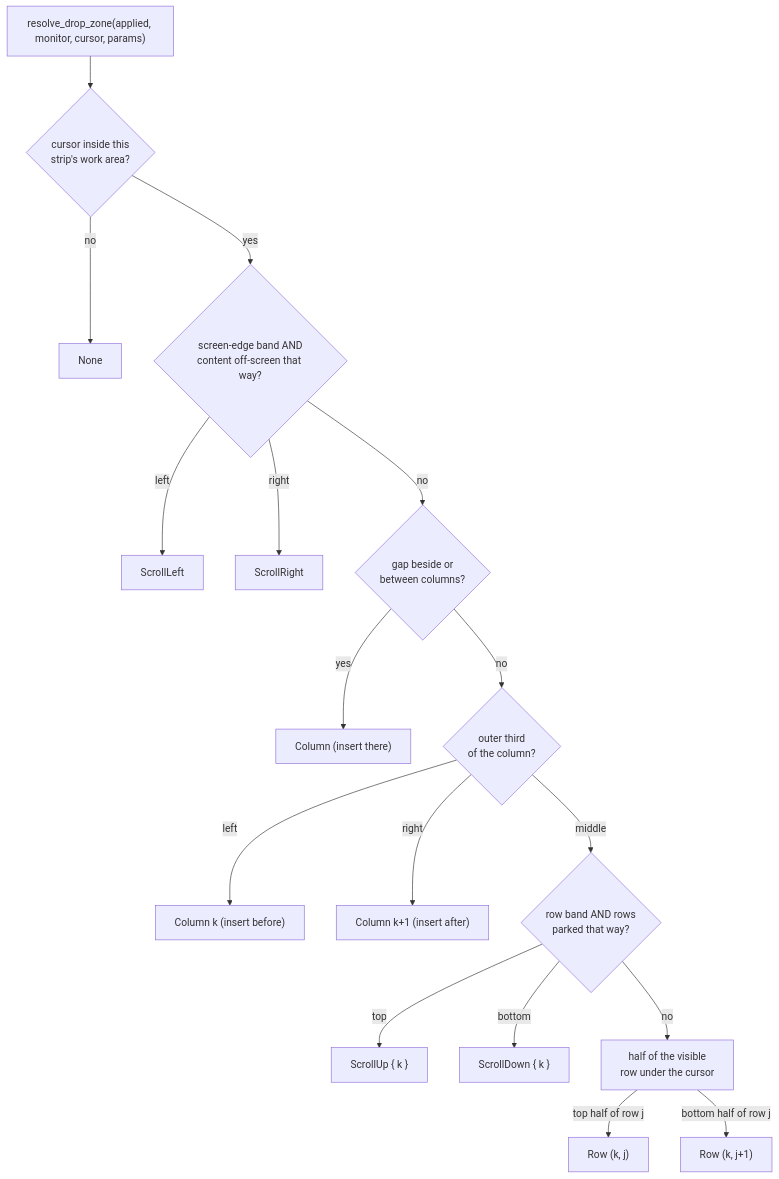
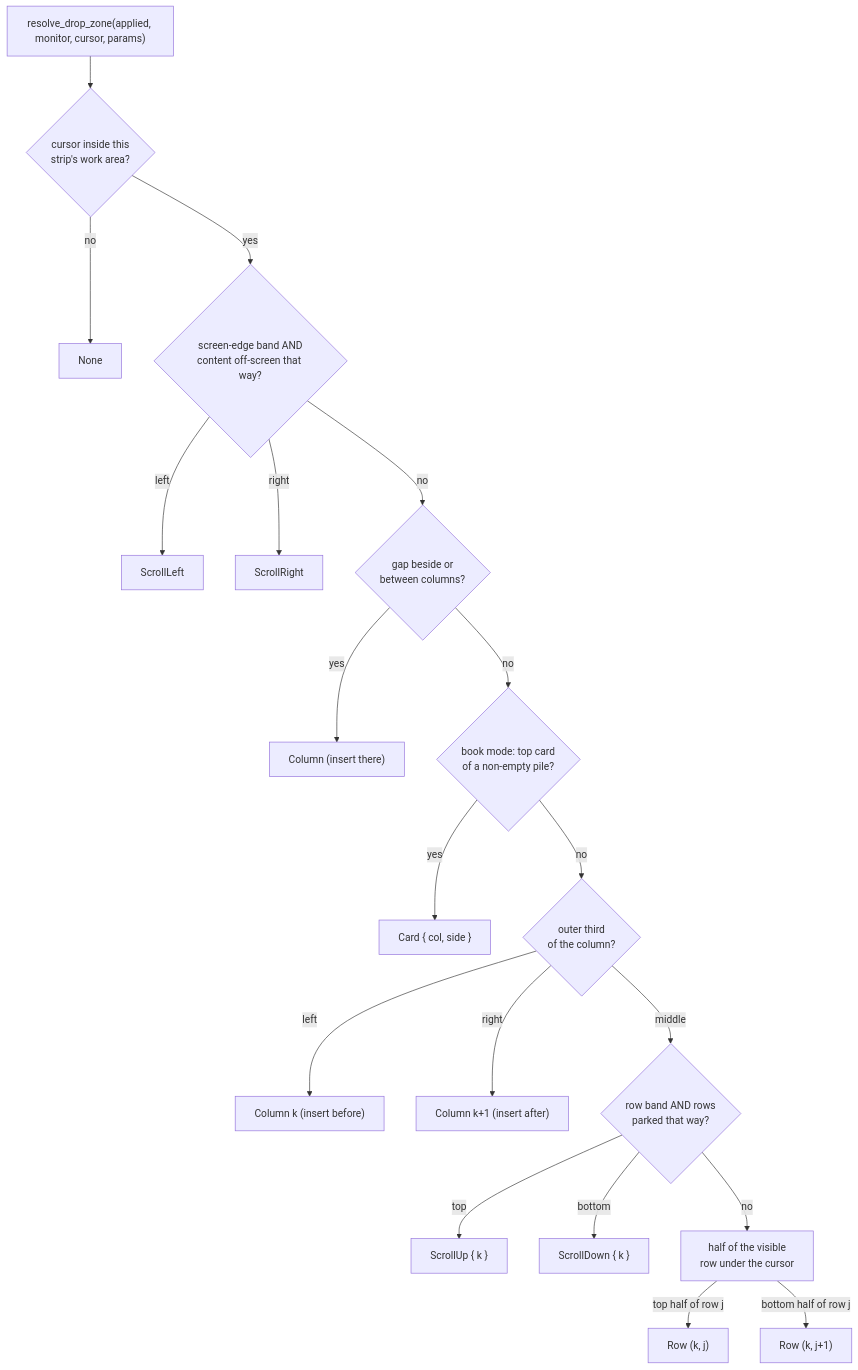
Before and after one commit to darth-feir/flow-wm-multi-monitor: the third of 3 diagrams in docs/src/dev-guide/tile-drag.md, drawn with Mermaid. The commit also changed other lines of this file and 33 other files, not shown here.

First line of the commit message:
docs: move the fork to github.com/darth-feir/flow-wm and audit every guide page against the code

````diff
--- a/docs/src/dev-guide/tile-drag.md
+++ b/docs/src/dev-guide/tile-drag.md
@@ -180,20 +204,22 @@
 ```mermaid
 flowchart TB
     Start["resolve_drop_zone(applied, monitor, cursor, params)"]
     Start --> WA{"cursor inside this<br/>strip's work area?"}
     WA -- no --> None[None]
     WA -- yes --> Edge{"screen-edge band AND<br/>content off-screen that way?"}
     Edge -- left --> SL[ScrollLeft]
     Edge -- right --> SR[ScrollRight]
     Edge -- no --> Gap{"gap beside or<br/>between columns?"}
     Gap -- yes --> CG["Column (insert there)"]
-    Gap -- no --> Band{"outer third<br/>of the column?"}
+    Gap -- no --> Card{"book mode: top card<br/>of a non-empty pile?"}
+    Card -- yes --> CC["Card { col, side }"]
+    Card -- no --> Band{"outer third<br/>of the column?"}
     Band -- left --> CL["Column k (insert before)"]
     Band -- right --> CR["Column k+1 (insert after)"]
     Band -- middle --> RB{"row band AND rows<br/>parked that way?"}
     RB -- top --> SU["ScrollUp { k }"]
     RB -- bottom --> SD["ScrollDown { k }"]
     RB -- no --> Half["half of the visible<br/>row under the cursor"]
     Half -- top half of row j --> RA["Row (k, j)"]
     Half -- bottom half of row j --> RBl["Row (k, j+1)"]
 ```
````
